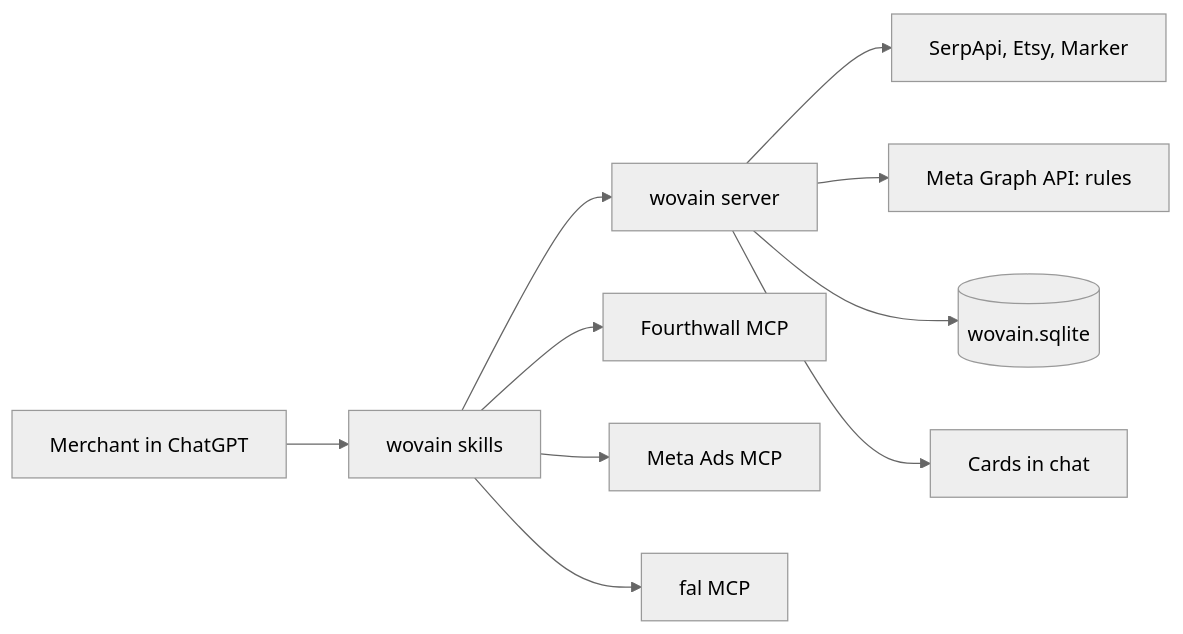
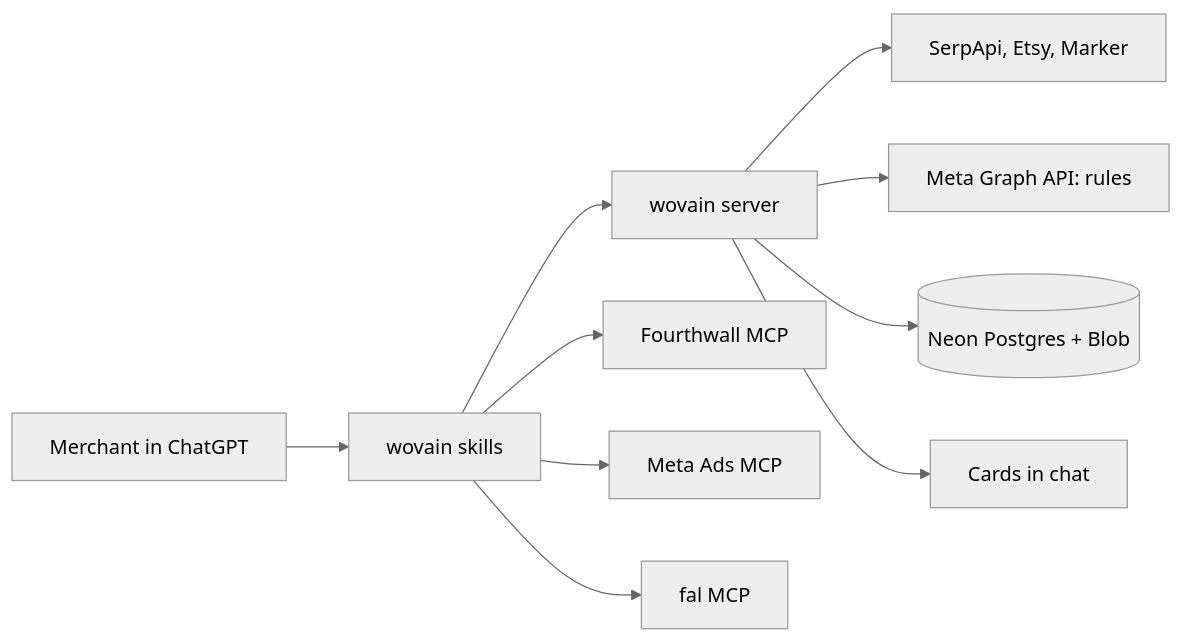
The diagram in devpost/spec.md (sami-m-g/wovain), drawn with Mermaid (neutral theme) before and after one commit. The commit also changed other lines of this file and 17 other files, not shown here.

First line of the commit message:
feat(server): store records in neon and artwork in blob

````diff
--- a/devpost/spec.md
+++ b/devpost/spec.md
@@ -37,12 +37,12 @@
 ```mermaid
 flowchart LR
   U[Merchant in ChatGPT] --> S[wovain skills]
   S --> W[wovain server]
   S --> FW[Fourthwall MCP]
   S --> MA[Meta Ads MCP]
   S --> FAL[fal MCP]
   W --> SA[SerpApi, Etsy, Marker]
   W --> G[Meta Graph API: rules]
-  W --> J[(wovain.sqlite)]
+  W --> J[(Neon Postgres + Blob)]
   W --> C[Cards in chat]
 ```
````
